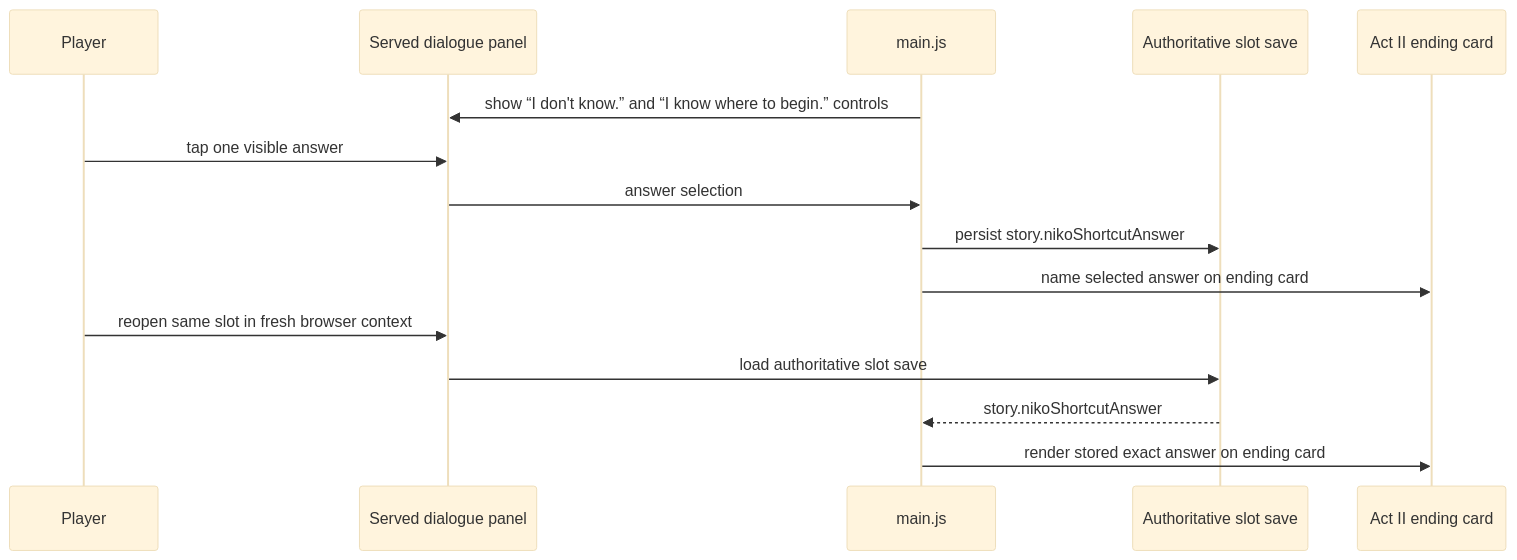
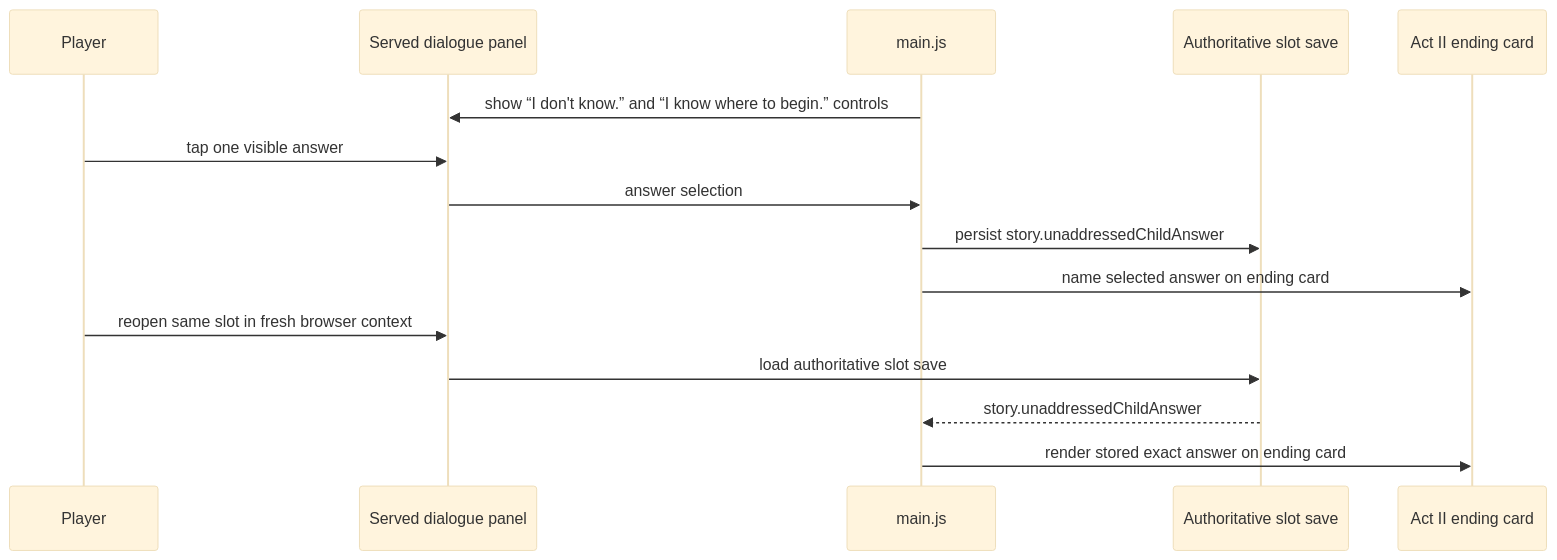
One commit to phynars/oodim-game changed the second of 2 diagrams in docs/design/3033-unaddressed-child-answer.md. Above: the diagram before and after it, drawn with Mermaid (base theme). The commit also changed other lines of this file and 1 other file, not shown here.

````diff
--- a/docs/design/3033-unaddressed-child-answer.md
+++ b/docs/design/3033-unaddressed-child-answer.md
@@ -21,18 +31,18 @@
 ```mermaid
 sequenceDiagram
   participant P as Player
   participant UI as Served dialogue panel
   participant G as main.js
   participant S as Authoritative slot save
   participant E as Act II ending card
 
   G->>UI: show “I don't know.” and “I know where to begin.” controls
   P->>UI: tap one visible answer
   UI->>G: answer selection
-  G->>S: persist story.nikoShortcutAnswer
+  G->>S: persist story.unaddressedChildAnswer
   G->>E: name selected answer on ending card
   P->>UI: reopen same slot in fresh browser context
   UI->>S: load authoritative slot save
-  S-->>G: story.nikoShortcutAnswer
+  S-->>G: story.unaddressedChildAnswer
   G->>E: render stored exact answer on ending card
 ```
````
